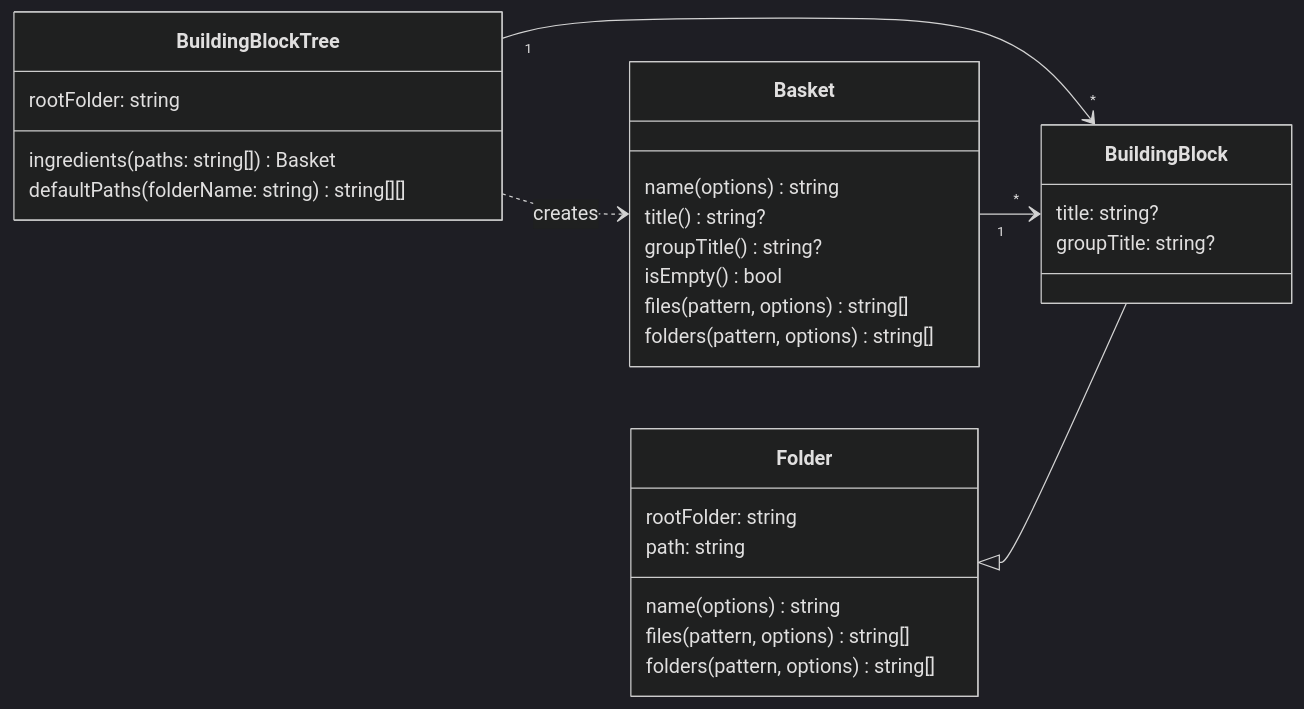
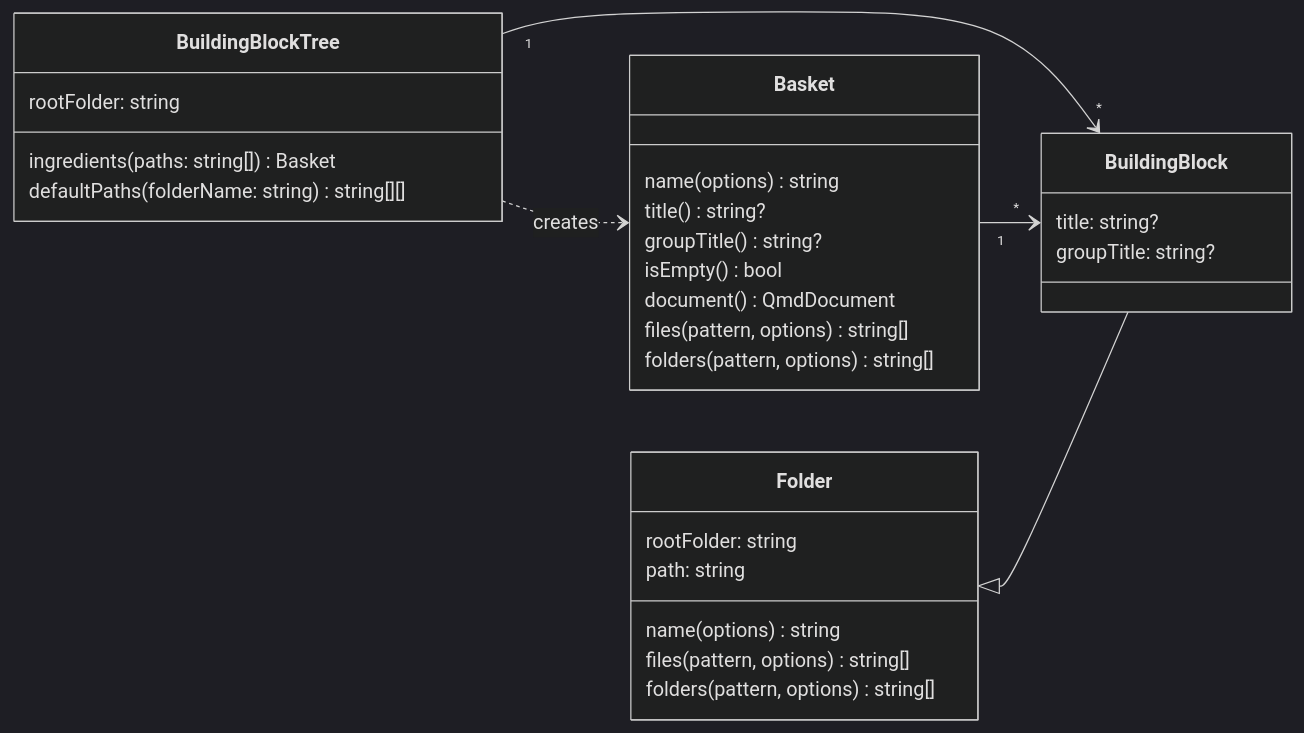
One commit to matthiasbaitsch/quarto-loi-moi changed the first of 6 diagrams in DESIGN.md. Above: the diagram before and after it, drawn with Mermaid (dark theme). The commit also changed other lines of this file and 9 other files, not shown here.

````diff
--- a/DESIGN.md
+++ b/DESIGN.md
@@ -28,32 +28,33 @@
 ```mermaid
 classDiagram
   direction LR
   BuildingBlockTree "1" --> "*" BuildingBlock
   BuildingBlockTree ..> Basket : creates
   Basket "1" --> "*" BuildingBlock
   Folder <|-- BuildingBlock
   class BuildingBlockTree {
     rootFolder: string
     ingredients(paths: string[]) Basket
     defaultPaths(folderName: string) string[][]
   }
   class Folder {
     rootFolder: string
     path: string
     name(options) string
     files(pattern, options) string[]
     folders(pattern, options) string[]
   }
   class BuildingBlock {
     title: string?
     groupTitle: string?
   }
   class Basket {
     name(options) string
     title() string?
     groupTitle() string?
     isEmpty() bool
+    document() QmdDocument
     files(pattern, options) string[]
     folders(pattern, options) string[]
   }
 ```
````
